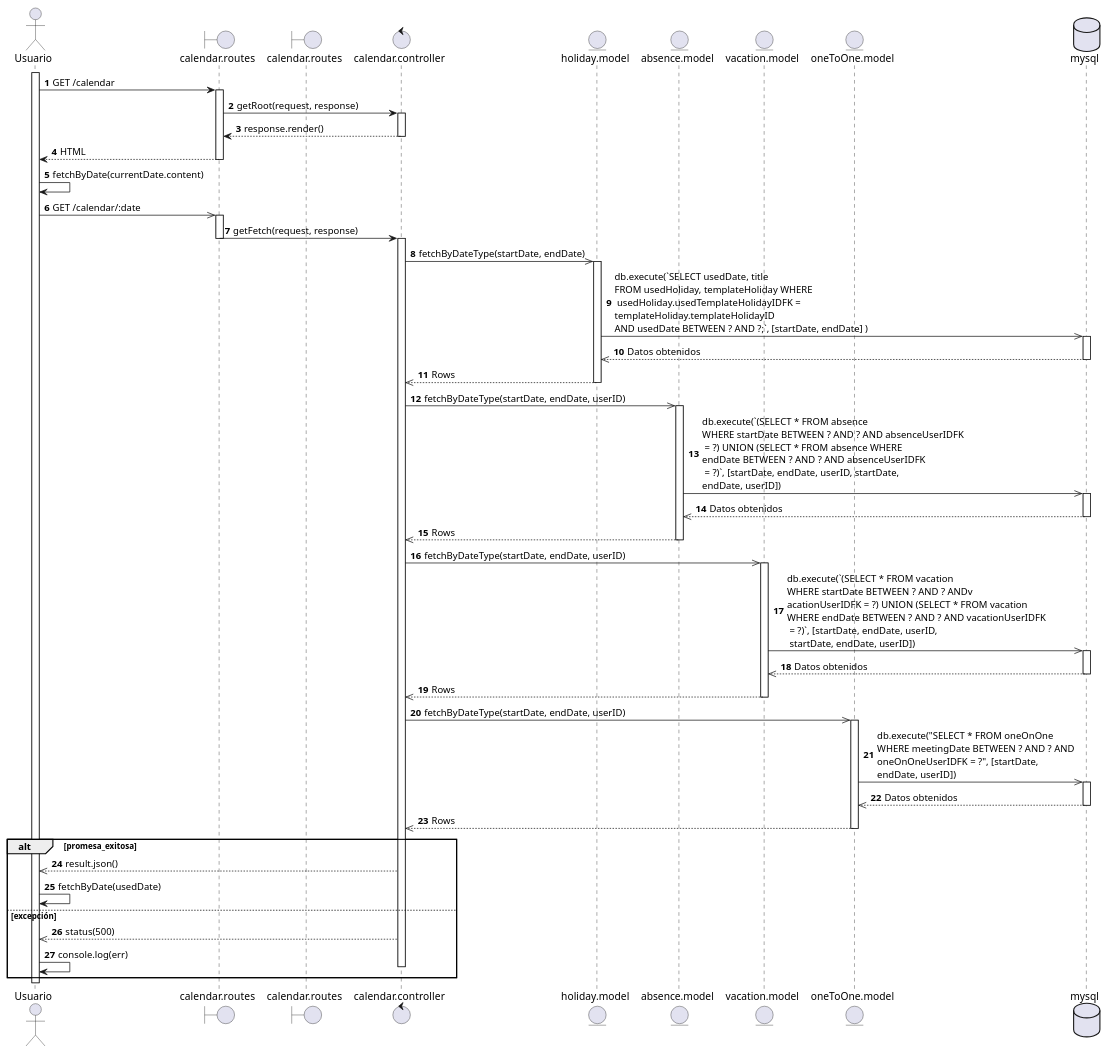
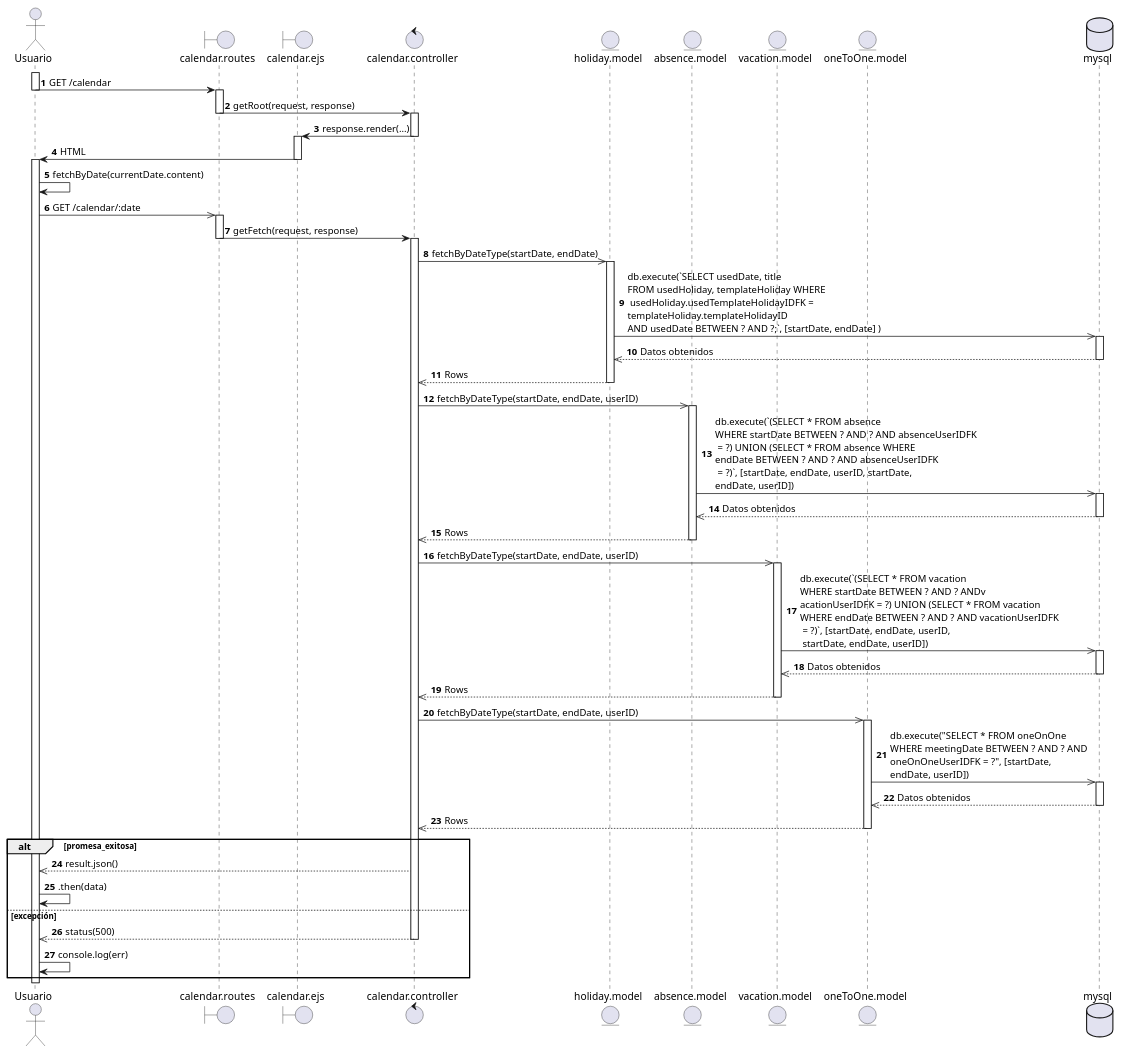
Before and after one commit to EdCanCe/WorkCells: the diagram in diagrams/Casos de Uso/mundo req fun/Diagramas secuencia/CU02.puml, drawn with PlantUML.

Commit message:
Update: Cambio en diagrama CU02

```diff
--- a/diagrams/Casos de Uso/mundo req fun/Diagramas secuencia/CU02.puml
+++ b/diagrams/Casos de Uso/mundo req fun/Diagramas secuencia/CU02.puml
@@ -1,91 +1,94 @@
 @startuml
 actor Usuario
 boundary "calendar.routes" as Routes
-boundary "calendar.routes" as Ejs
+boundary "calendar.ejs" as Ejs
 control "calendar.controller" as Controller
 entity "holiday.model" as Holiday
 entity "absence.model" as Absence
 entity "vacation.model" as Vacation
 entity "oneToOne.model" as OneToOne
 database "mysql" as MySQL
 
 autonumber
 
 activate Usuario
 Usuario -> Routes: GET /calendar
+deactivate Usuario
 
 activate Routes
 Routes -> Controller: getRoot(request, response)
+deactivate Routes
 
 activate Controller
-Controller --> Routes: response.render()
+Controller -> Ejs: response.render(...)
+deactivate Controller
 
-deactivate Controller
-Routes --> Usuario: HTML
-
-deactivate Routes
+activate Ejs
+Ejs -> Usuario: HTML
+deactivate Ejs
+activate Usuario
 
 Usuario -> Usuario: fetchByDate(currentDate.content)
 
 Usuario ->> Routes: GET /calendar/:date
 activate Routes
 
 Routes -> Controller: getFetch(request, response)
 deactivate Routes
 
 activate Controller
 Controller ->> Holiday: fetchByDateType(startDate, endDate)
 activate Holiday
 Holiday ->> MySQL: db.execute(`SELECT usedDate, title\nFROM usedHoliday, templateHoliday WHERE \n usedHoliday.usedTemplateHolidayIDFK =\ntemplateHoliday.templateHolidayID\nAND usedDate BETWEEN ? AND ?;`, [startDate, endDate] )
 activate MySQL
 MySQL -->> Holiday: Datos obtenidos
 deactivate MySQL
 Holiday -->> Controller: Rows
 deactivate Holiday
 
 Controller ->> Absence: fetchByDateType(startDate, endDate, userID)
 activate Absence
 Absence ->> MySQL: db.execute(`(SELECT * FROM absence \nWHERE startDate BETWEEN ? AND ? AND absenceUserIDFK\n = ?) UNION (SELECT * FROM absence WHERE\nendDate BETWEEN ? AND ? AND absenceUserIDFK \n = ?)`, [startDate, endDate, userID, startDate,\nendDate, userID])
 activate MySQL
 MySQL -->> Absence: Datos obtenidos
 deactivate MySQL
 Absence -->> Controller: Rows
 deactivate Absence
 
 Controller ->> Vacation: fetchByDateType(startDate, endDate, userID)
 activate Vacation
 Vacation ->> MySQL: db.execute(`(SELECT * FROM vacation\nWHERE startDate BETWEEN ? AND ? ANDv\nacationUserIDFK = ?) UNION (SELECT * FROM vacation\nWHERE endDate BETWEEN ? AND ? AND vacationUserIDFK\n = ?)`, [startDate, endDate, userID, \n startDate, endDate, userID])
 activate MySQL
 MySQL -->> Vacation: Datos obtenidos
 deactivate MySQL
 Vacation -->> Controller: Rows
 deactivate Vacation
 
 Controller ->> OneToOne: fetchByDateType(startDate, endDate, userID)
 activate OneToOne
 OneToOne ->> MySQL: db.execute("SELECT * FROM oneOnOne\nWHERE meetingDate BETWEEN ? AND ? AND\noneOnOneUserIDFK = ?", [startDate,\nendDate, userID])
 activate MySQL
 MySQL -->> OneToOne: Datos obtenidos
 deactivate MySQL
 OneToOne -->> Controller: Rows
 
 deactivate OneToOne
 
 alt promesa_exitosa
 
 Controller -->> Usuario: result.json()
 
-Usuario -> Usuario: fetchByDate(usedDate)
+Usuario -> Usuario: .then(data)
 
 else excepción
 
 Controller -->> Usuario: status(500)
+deactivate Controller
 Usuario -> Usuario: console.log(err)
 
-deactivate Controller
 
 end
 
 deactivate Usuario
 
 @enduml
```
